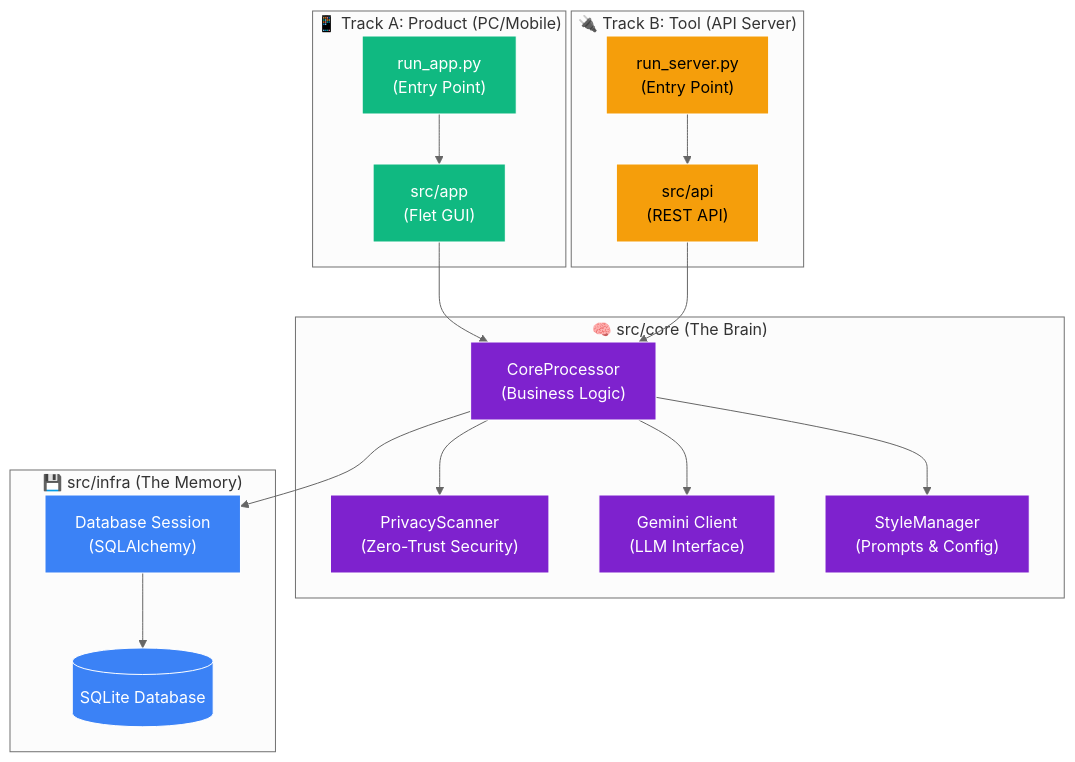
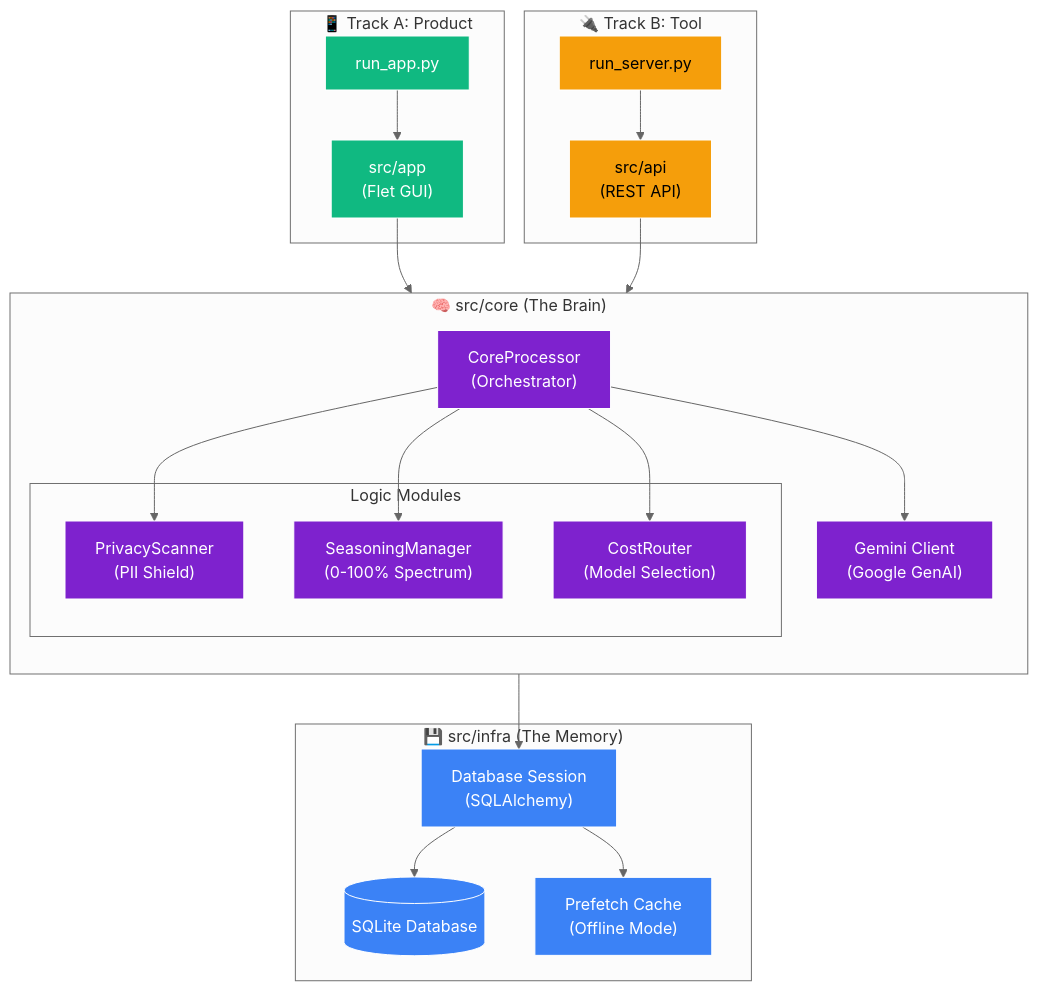
Before and after one commit to laihuip001/Flow: the first of 2 diagrams in ARCHITECTURE.md, drawn with Mermaid (neutral theme). The commit also changed other lines of this file and 12 other files, not shown here.

Commit message:
feat: Add TEALS submodule + update core modules

````diff
--- a/ARCHITECTURE.md
+++ b/ARCHITECTURE.md
@@ -9,58 +15,67 @@
 ```mermaid
 graph TD
     %% ==========================
     %% 1. THE BRAIN (Shared Core)
     %% ==========================
     subgraph "🧠 src/core (The Brain)"
-        Processor["CoreProcessor<br>(Business Logic)"]
-        Privacy["PrivacyScanner<br>(Zero-Trust Security)"]
-        Gemini["Gemini Client<br>(LLM Interface)"]
-        Styles["StyleManager<br>(Prompts & Config)"]
+        direction TB
+        Processor["CoreProcessor<br>(Orchestrator)"]
+        
+        subgraph Logic Modules
+            Privacy["PrivacyScanner<br>(PII Shield)"]
+            Seasoning["SeasoningManager<br>(0-100% Spectrum)"]
+            CostRouter["CostRouter<br>(Model Selection)"]
+        end
+        
+        Gemini["Gemini Client<br>(Google GenAI)"]
     end
 
     %% ==========================
     %% 2. THE MEMORY (Infrastructure)
     %% ==========================
     subgraph "💾 src/infra (The Memory)"
         DB[(SQLite Database)]
         Session["Database Session<br>(SQLAlchemy)"]
+        Cache["Prefetch Cache<br>(Offline Mode)"]
     end
 
     %% ==========================
     %% 3. THE INTERFACES (Tracks)
     %% ==========================
-    subgraph "📱 Track A: Product (PC/Mobile)"
-        AppMain["run_app.py<br>(Entry Point)"]
+    subgraph "📱 Track A: Product"
+        AppMain["run_app.py"]
         FletUI["src/app<br>(Flet GUI)"]
     end
 
-    subgraph "🔌 Track B: Tool (API Server)"
-        ServerMain["run_server.py<br>(Entry Point)"]
+    subgraph "🔌 Track B: Tool"
+        ServerMain["run_server.py"]
         FastAPI["src/api<br>(REST API)"]
     end
 
     %% --- CONNECTIONS ---
     AppMain --> FletUI
     ServerMain --> FastAPI
 
     FletUI --> Processor
     FastAPI --> Processor
 
     Processor --> Privacy
+    Processor --> Seasoning
+    Processor --> CostRouter
     Processor --> Gemini
-    Processor --> Styles
+    Processor --> Session
     
-    Processor --> Session
     Session --> DB
+    Session --> Cache
 
     %% Styles
     classDef core fill:#7e22ce,stroke:#fff,color:#fff;
     classDef infra fill:#3b82f6,stroke:#fff,color:#fff;
     classDef app fill:#10b981,stroke:#fff,color:#fff;
     classDef api fill:#f59e0b,stroke:#fff,color:#000;
 
-    class Processor,Privacy,Gemini,Styles core;
-    class DB,Session infra;
+    class Processor,Privacy,Seasoning,CostRouter,Gemini core;
+    class DB,Session,Cache infra;
     class AppMain,FletUI app;
     class ServerMain,FastAPI api;
 ```
````
